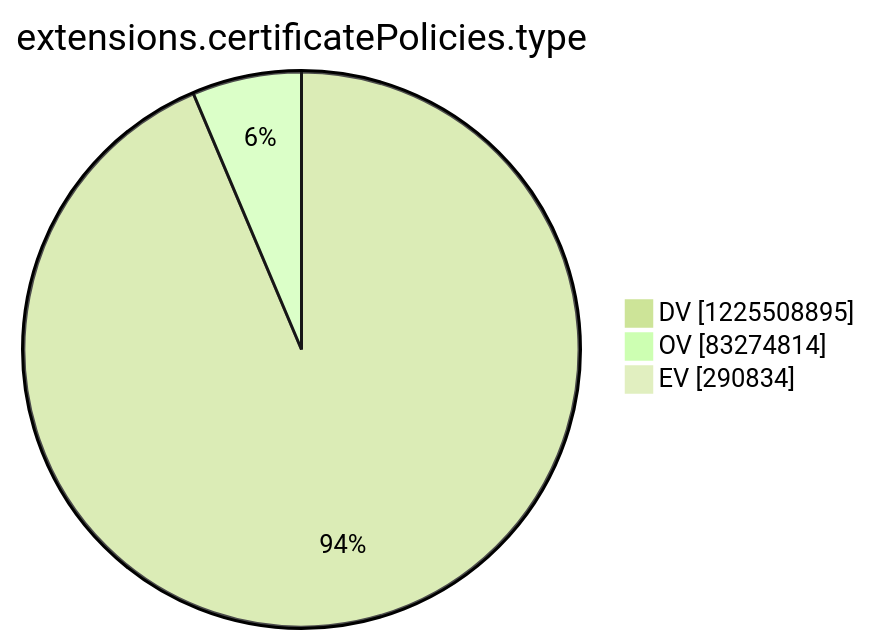
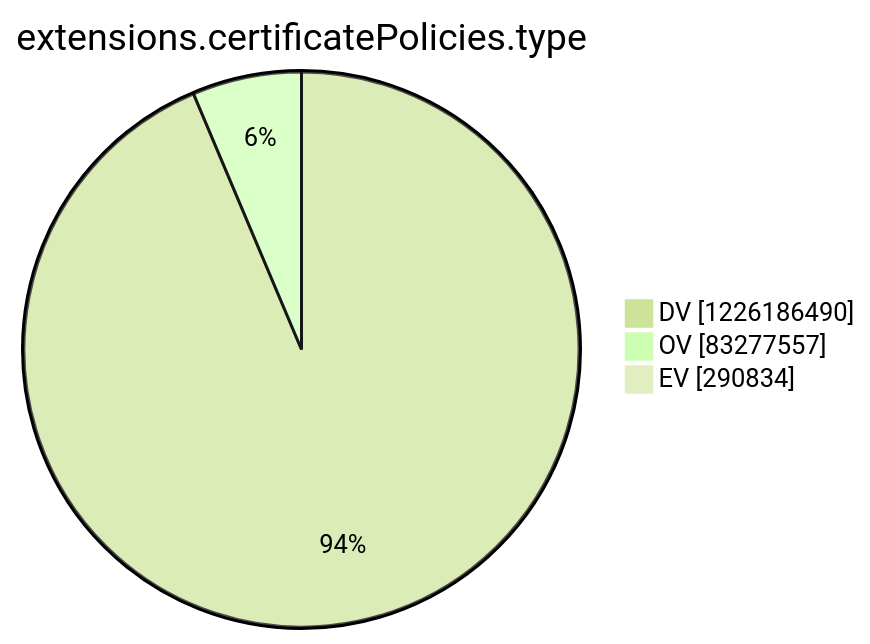
One commit to christiankrug/ctmonitor_visualization changed the tenth of 15 diagrams in argon2022/README.md. Above: the diagram before and after it, drawn with Mermaid (forest theme). The commit also changed other lines of this file, not shown here.

````diff
--- a/argon2022/README.md
+++ b/argon2022/README.md
@@ -2770,7 +2770,7 @@
 ```mermaid
 pie showData
 title extensions.certificatePolicies.type
-"DV" :1225508895
-"OV" :83274814
+"DV" :1226186490
+"OV" :83277557
 "EV" :290834
 ```
````
